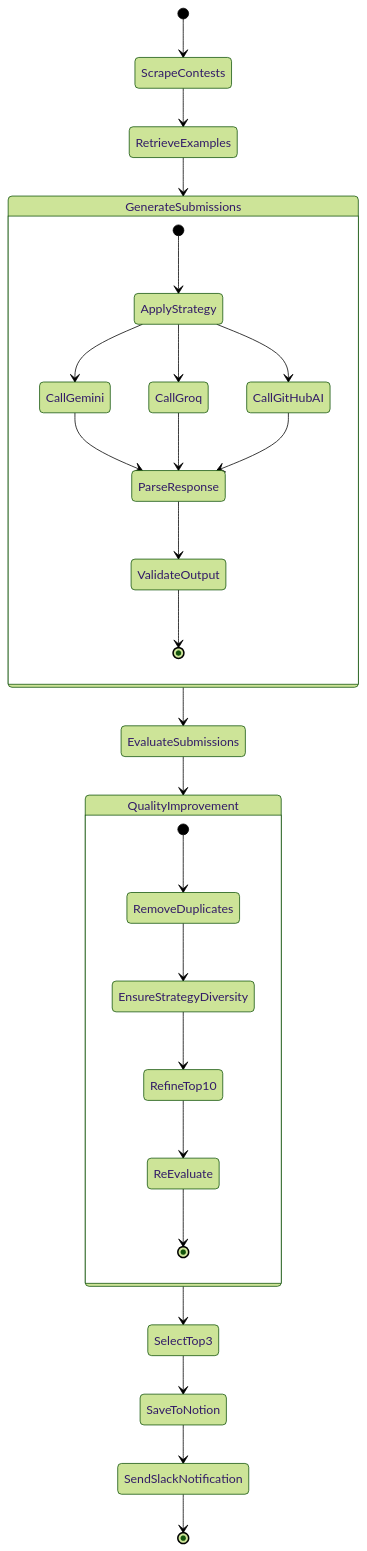
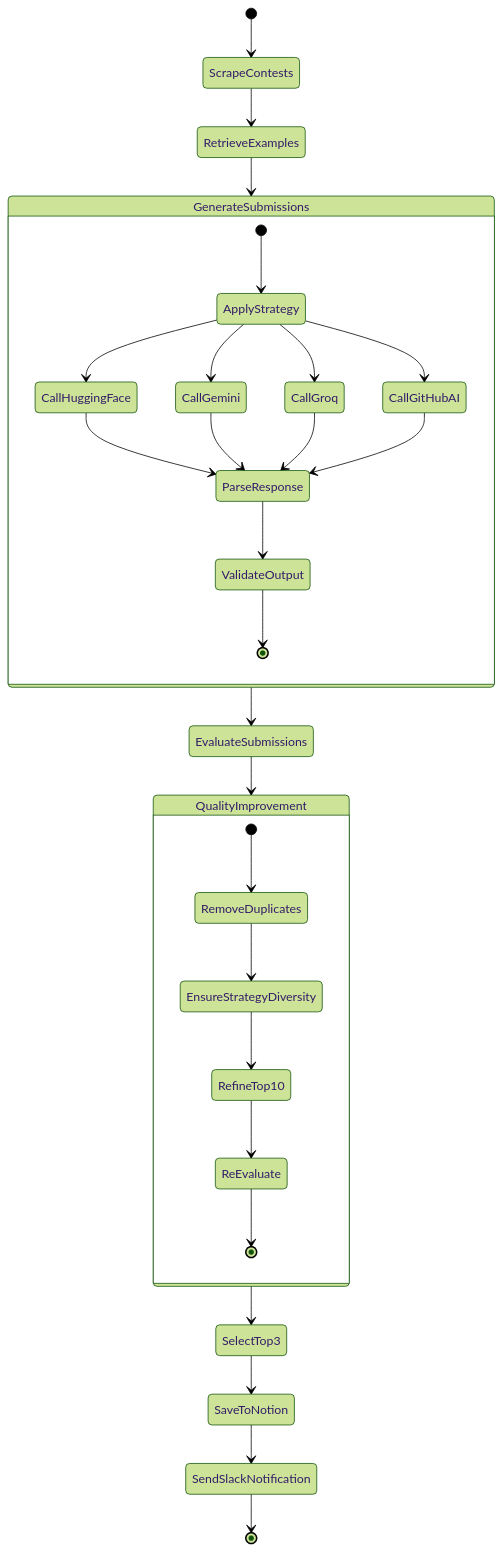
Before and after one commit to joelonsw/fast-naming: the second of 2 diagrams in agent/langgraph-guide.md, drawn with Mermaid (forest theme). The commit also changed other lines of this file and 7 other files, not shown here.

````diff
--- a/agent/langgraph-guide.md
+++ b/agent/langgraph-guide.md
@@ -56,34 +58,36 @@
 ```mermaid
 stateDiagram-v2
     [*] --> ScrapeContests
     ScrapeContests --> RetrieveExamples
     RetrieveExamples --> GenerateSubmissions
     
     state GenerateSubmissions {
         [*] --> ApplyStrategy
+        ApplyStrategy --> CallHuggingFace
         ApplyStrategy --> CallGemini
         ApplyStrategy --> CallGroq
         ApplyStrategy --> CallGitHubAI
+        CallHuggingFace --> ParseResponse
         CallGemini --> ParseResponse
         CallGroq --> ParseResponse
         CallGitHubAI --> ParseResponse
         ParseResponse --> ValidateOutput
         ValidateOutput --> [*]
     }
     
     GenerateSubmissions --> EvaluateSubmissions
     EvaluateSubmissions --> QualityImprovement
     
     state QualityImprovement {
         [*] --> RemoveDuplicates
         RemoveDuplicates --> EnsureStrategyDiversity
         EnsureStrategyDiversity --> RefineTop10
         RefineTop10 --> ReEvaluate
         ReEvaluate --> [*]
     }
     
     QualityImprovement --> SelectTop3
     SelectTop3 --> SaveToNotion
     SaveToNotion --> SendSlackNotification
     SendSlackNotification --> [*]
 ```
````
